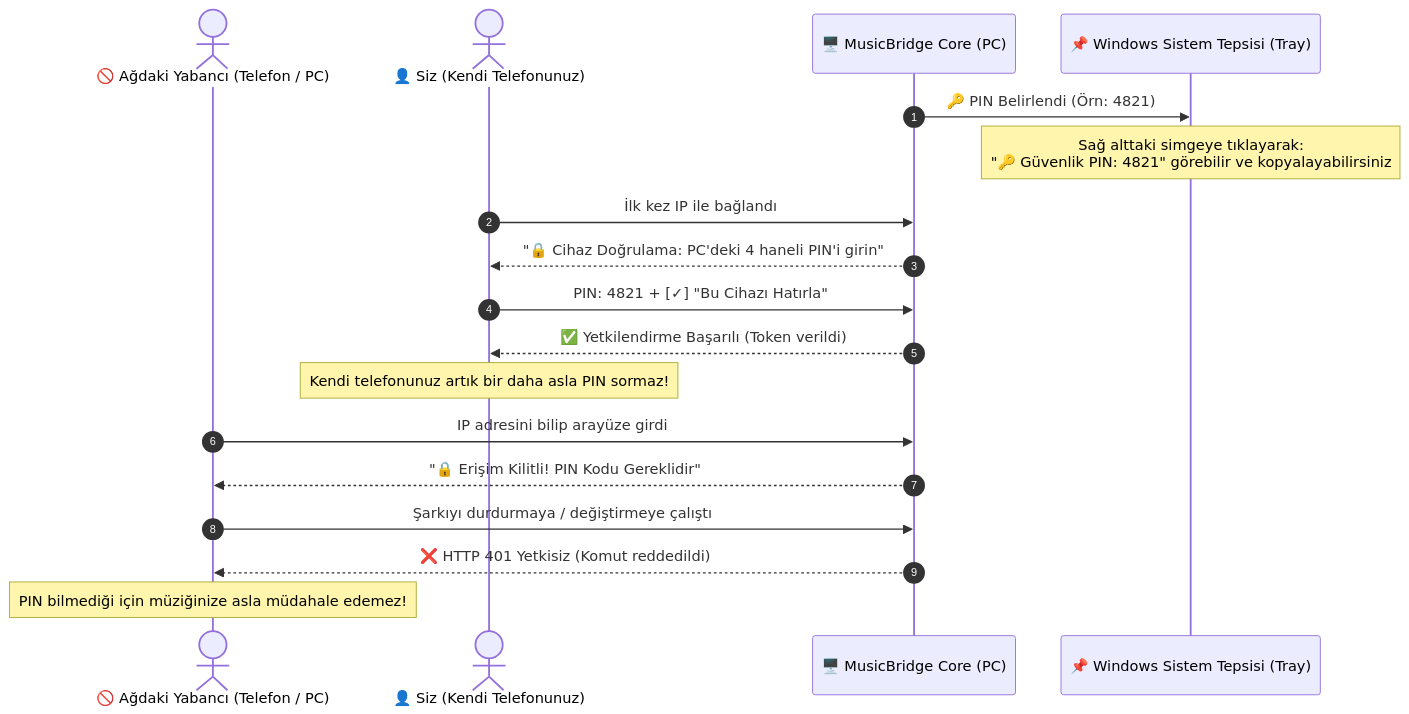
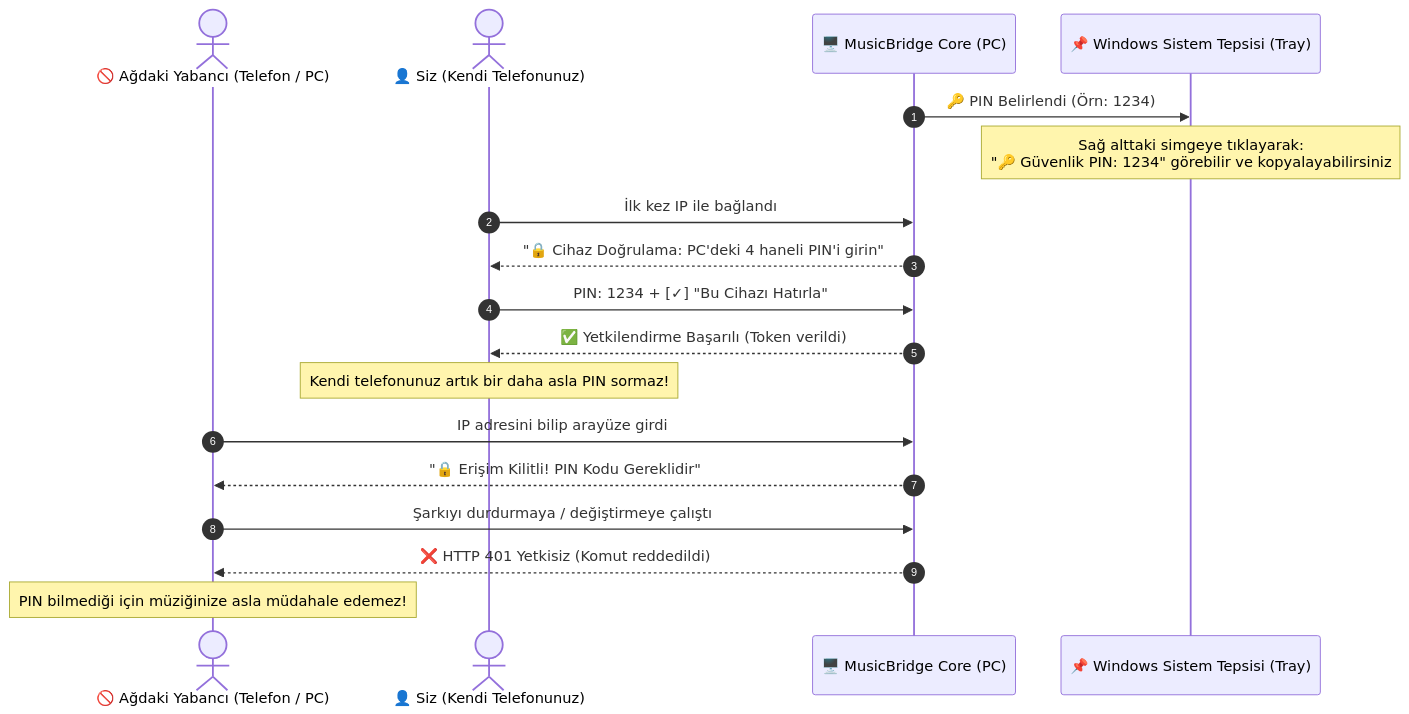
The first of 2 diagrams in README.md (ErenKun/musicbridge-app), drawn with Mermaid before and after one commit. The commit also changed other lines of this file, not shown here.

Commit message:
docs: enrich README with static PIN architecture, Mermaid diagram, and security matrix

````diff
--- a/README.md
+++ b/README.md
@@ -71,23 +71,23 @@
 ```mermaid
 sequenceDiagram
     autonumber
     actor Yabanci as 🚫 Ağdaki Yabancı (Telefon / PC)
     actor Eren as 👤 Siz (Kendi Telefonunuz)
     participant Core as 🖥️ MusicBridge Core (PC)
     participant Tray as 📌 Windows Sistem Tepsisi (Tray)
 
-    Core->>Tray: 🔑 PIN Belirlendi (Örn: 4821)
-    Note over Tray: Sağ alttaki simgeye tıklayarak:<br/>"🔑 Güvenlik PIN: 4821" görebilir ve kopyalayabilirsiniz
+    Core->>Tray: 🔑 PIN Belirlendi (Örn: 1234)
+    Note over Tray: Sağ alttaki simgeye tıklayarak:<br/>"🔑 Güvenlik PIN: 1234" görebilir ve kopyalayabilirsiniz
 
     Eren->>Core: İlk kez IP ile bağlandı
     Core-->>Eren: "🔒 Cihaz Doğrulama: PC'deki 4 haneli PIN'i girin"
-    Eren->>Core: PIN: 4821 + [✓] "Bu Cihazı Hatırla"
+    Eren->>Core: PIN: 1234 + [✓] "Bu Cihazı Hatırla"
     Core-->>Eren: ✅ Yetkilendirme Başarılı (Token verildi)
     Note over Eren: Kendi telefonunuz artık bir daha asla PIN sormaz!
 
     Yabanci->>Core: IP adresini bilip arayüze girdi
     Core-->>Yabanci: "🔒 Erişim Kilitli! PIN Kodu Gereklidir"
     Yabanci->>Core: Şarkıyı durdurmaya / değiştirmeye çalıştı
     Core-->>Yabanci: ❌ HTTP 401 Yetkisiz (Komut reddedildi)
     Note over Yabanci: PIN bilmediği için müziğinize asla müdahale edemez!
 ```
````
